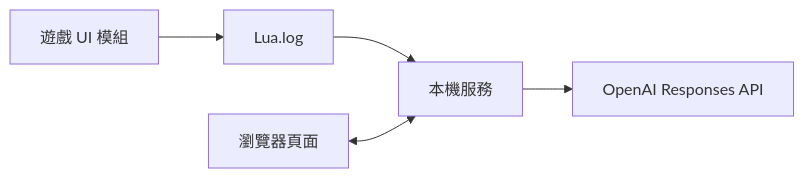
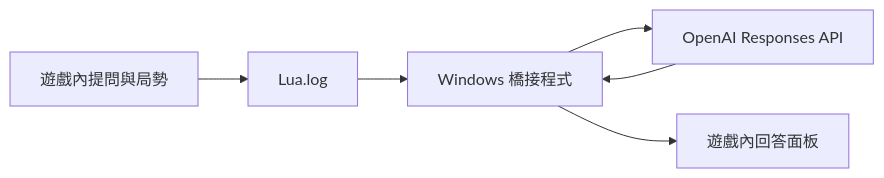
Before and after one commit to ckklkkc/civ6aiAssistant: the diagram in README.md, drawn with Mermaid. The commit also changed other lines of this file and 11 other files, not shown here.

````diff
--- a/README.md
+++ b/README.md
@@ -5,7 +7,8 @@
 ```mermaid
 flowchart LR
-  A["遊戲 UI 模組"] --> B["Lua.log"]
-  B --> C["本機服務"]
-  D["瀏覽器頁面"] <--> C
-  C --> E["OpenAI Responses API"]
+  A["遊戲內提問與局勢"] --> B["Lua.log"]
+  B --> C["Windows 橋接程式"]
+  C --> D["OpenAI Responses API"]
+  D --> C
+  C --> E["遊戲內回答面板"]
 ```
````
